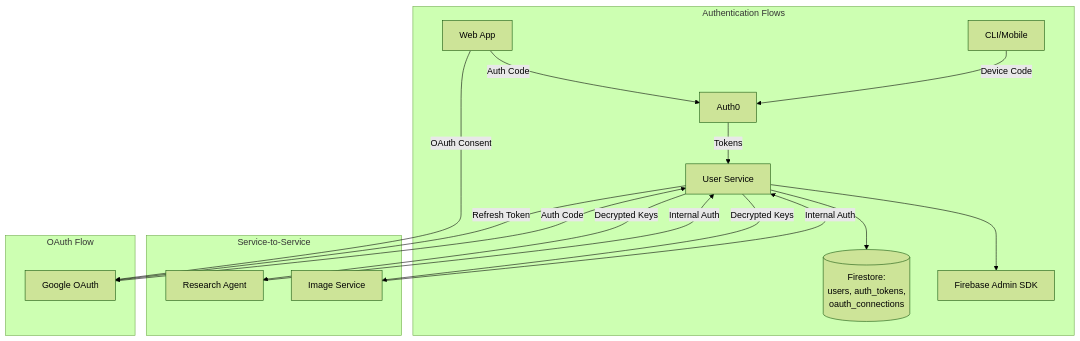
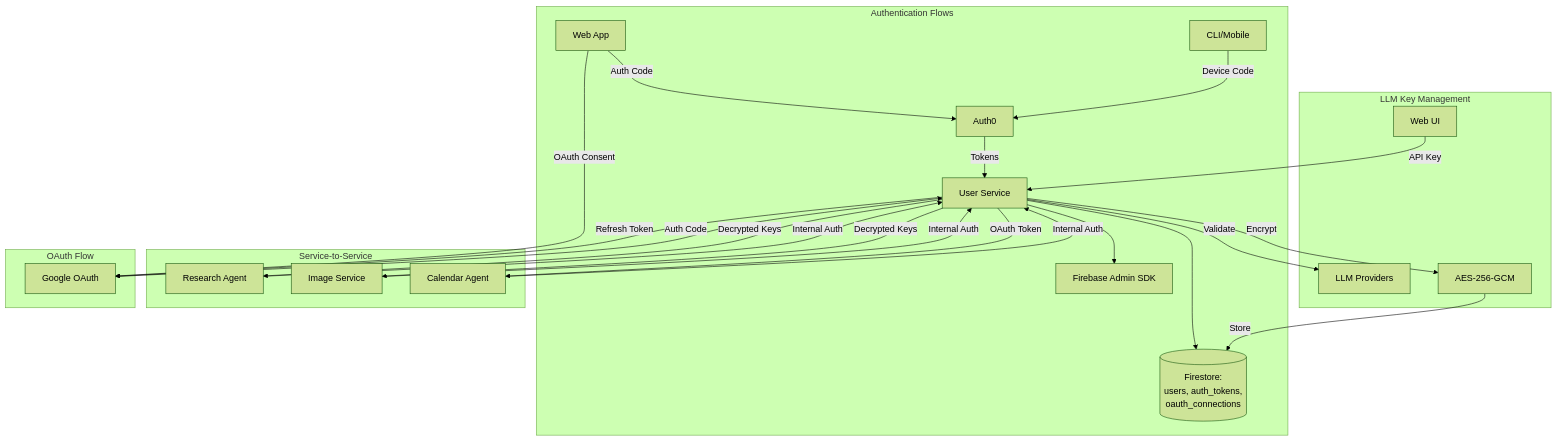
Before and after one commit to pbuchman/praxos: the first of 2 diagrams in docs/services/user-service/technical.md, drawn with Mermaid (forest theme). The commit also changed other lines of this file and 55 other files, not shown here.

````diff
--- a/docs/services/user-service/technical.md
+++ b/docs/services/user-service/technical.md
@@ -9,24 +9,33 @@
 ```mermaid
 graph TB
     subgraph "Authentication Flows"
         Web[Web App] -->|Auth Code| A0[Auth0]
         CLI[CLI/Mobile] -->|Device Code| A0
         A0 -->|Tokens| US[User Service]
 
         US --> FS[(Firestore:<br/>users, auth_tokens,<br/>oauth_connections)]
         US --> FB[Firebase Admin SDK]
     end
 
+    subgraph "LLM Key Management"
+        WebUI[Web UI] -->|API Key| US
+        US -->|Validate| LLM[LLM Providers]
+        US -->|Encrypt| KMS[AES-256-GCM]
+        KMS -->|Store| FS
+    end
+
     subgraph "Service-to-Service"
         RA[Research Agent] -->|Internal Auth| US
         IA[Image Service] -->|Internal Auth| US
+        CA[Calendar Agent] -->|Internal Auth| US
         US -->|Decrypted Keys| RA
         US -->|Decrypted Keys| IA
+        US -->|OAuth Token| CA
     end
 
     subgraph "OAuth Flow"
         Web -->|OAuth Consent| Google[Google OAuth]
         Google -->|Auth Code| US
         US -->|Refresh Token| Google
     end
 ```
````
